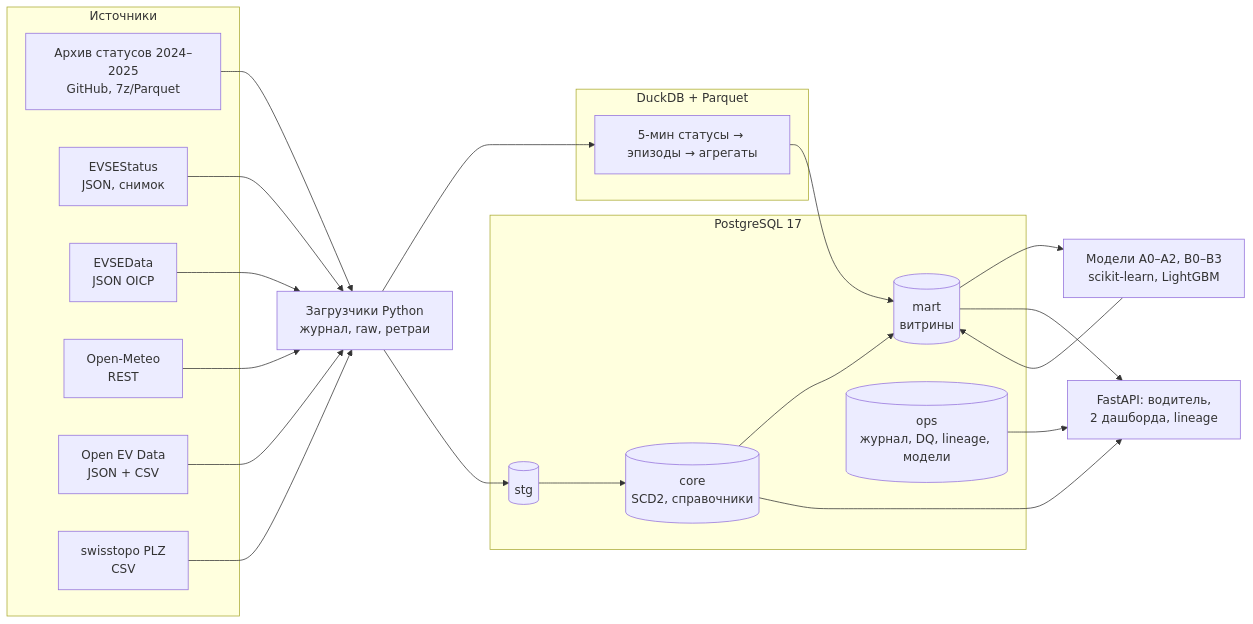
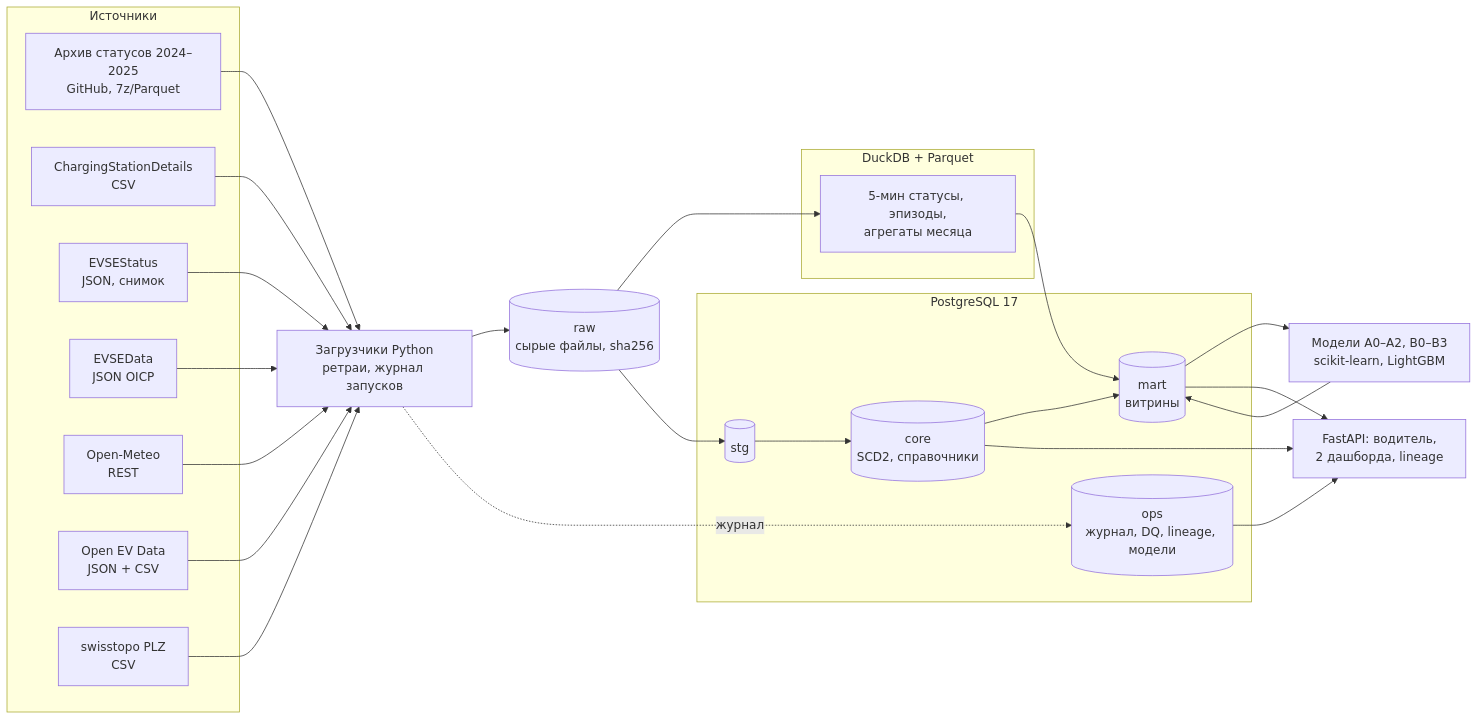
The diagram in README.md (yandhi2018/ev-charge-advisor-ch), drawn with Mermaid before and after one commit.

Commit message:
README: схема архитектуры с сырым слоем, ChargingStationDetails и журналом в ops

````diff
--- a/README.md
+++ b/README.md
@@ -20,26 +20,30 @@
 ```mermaid
 flowchart LR
   subgraph SRC[Источники]
     A[Архив статусов 2024–2025<br/>GitHub, 7z/Parquet]
+    C[ChargingStationDetails<br/>CSV]
     S[EVSEStatus<br/>JSON, снимок]
     D[EVSEData<br/>JSON OICP]
     W[Open-Meteo<br/>REST]
     V[Open EV Data<br/>JSON + CSV]
     P[swisstopo PLZ<br/>CSV]
   end
-  L[Загрузчики Python<br/>журнал, raw, ретраи]
+  L[Загрузчики Python<br/>ретраи, журнал запусков]
+  R[(raw<br/>сырые файлы, sha256)]
   subgraph DUCK[DuckDB + Parquet]
-    E[5-мин статусы → эпизоды → агрегаты]
+    E[5-мин статусы, эпизоды,<br/>агрегаты месяца]
   end
   subgraph PG[PostgreSQL 17]
     STG[(stg)] --> CORE[(core<br/>SCD2, справочники)] --> MART[(mart<br/>витрины)]
     OPS[(ops<br/>журнал, DQ, lineage, модели)]
   end
   M[Модели A0–A2, B0–B3<br/>scikit-learn, LightGBM]
   WEB[FastAPI: водитель,<br/>2 дашборда, lineage]
-  A --> L --> E --> MART
-  S & D & W & V & P --> L --> STG
+  A & C & S & D & W & V & P --> L --> R
+  R --> E --> MART
+  R --> STG
+  L -. журнал .-> OPS
   MART --> M --> MART
   CORE & MART --> WEB
   OPS --> WEB
 ```
````
